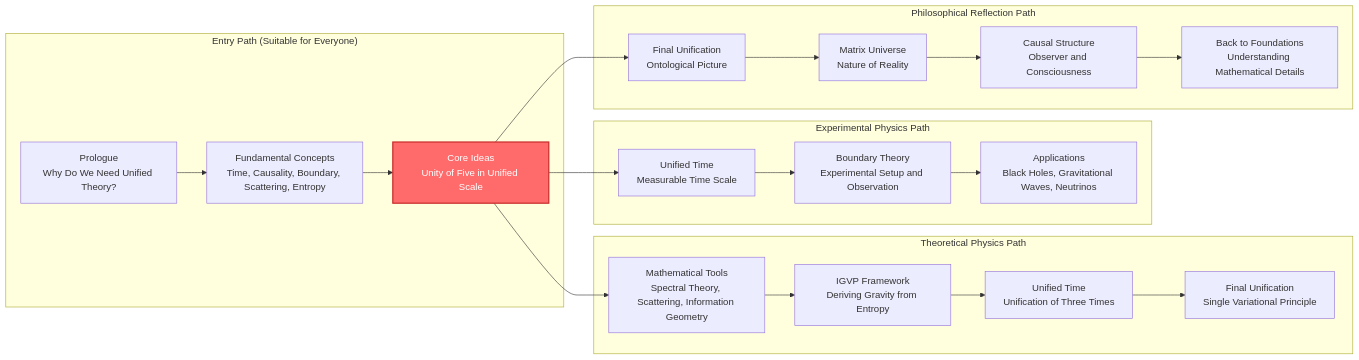
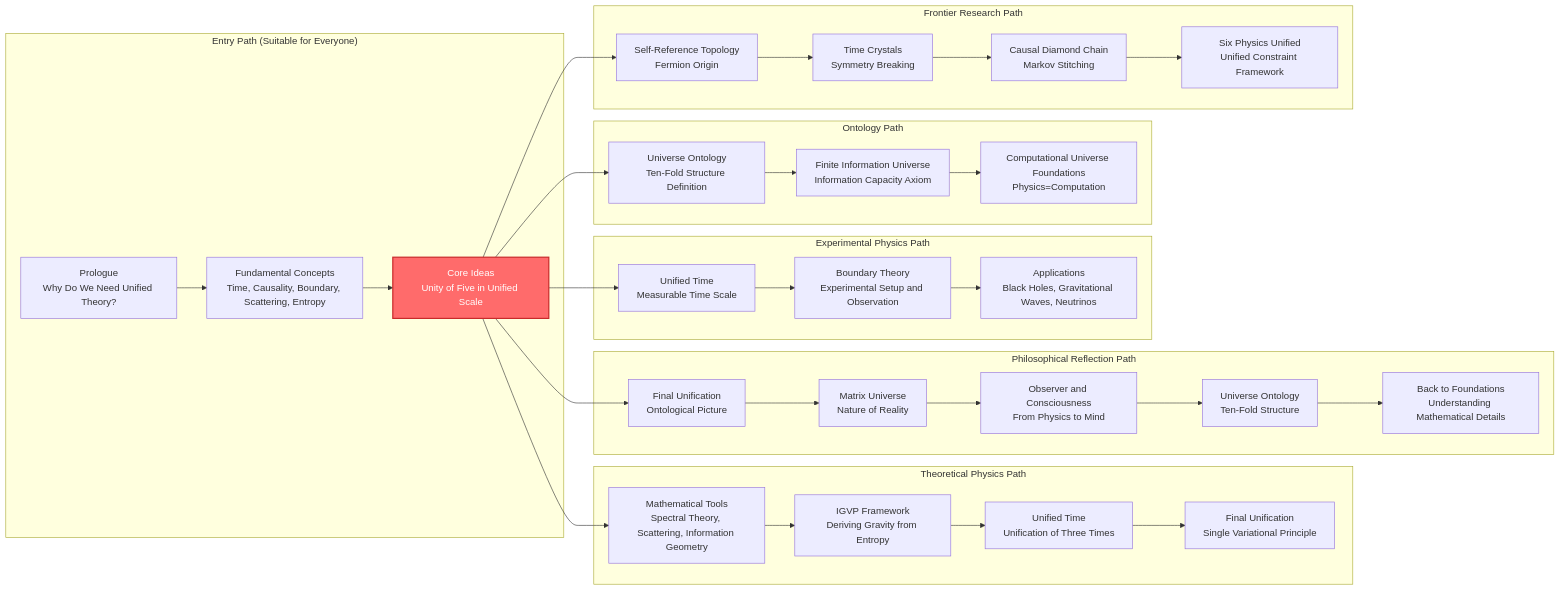
The second of 3 diagrams in docs/euler-article/gls-union/index_en.md (loning/zeckendorf-hilbert), drawn with Mermaid before and after one commit. The commit also changed other lines of this file and 1 other file, not shown here.

````diff
--- a/docs/euler-article/gls-union/index_en.md
+++ b/docs/euler-article/gls-union/index_en.md
@@ -142,41 +187,61 @@
 ```mermaid
 graph LR
     subgraph "Entry Path (Suitable for Everyone)"
         A1["Prologue<br/>Why Do We Need Unified Theory?"]
         A2["Fundamental Concepts<br/>Time, Causality, Boundary, Scattering, Entropy"]
         A3["Core Ideas<br/>Unity of Five in Unified Scale"]
     end
 
     subgraph "Theoretical Physics Path"
         B1["Mathematical Tools<br/>Spectral Theory, Scattering, Information Geometry"]
         B2["IGVP Framework<br/>Deriving Gravity from Entropy"]
         B3["Unified Time<br/>Unification of Three Times"]
         B4["Final Unification<br/>Single Variational Principle"]
     end
 
     subgraph "Experimental Physics Path"
         C1["Unified Time<br/>Measurable Time Scale"]
         C2["Boundary Theory<br/>Experimental Setup and Observation"]
         C3["Applications<br/>Black Holes, Gravitational Waves, Neutrinos"]
     end
 
     subgraph "Philosophical Reflection Path"
         D1["Final Unification<br/>Ontological Picture"]
         D2["Matrix Universe<br/>Nature of Reality"]
-        D3["Causal Structure<br/>Observer and Consciousness"]
-        D4["Back to Foundations<br/>Understanding Mathematical Details"]
+        D3["Observer and Consciousness<br/>From Physics to Mind"]
+        D4["Universe Ontology<br/>Ten-Fold Structure"]
+        D5["Back to Foundations<br/>Understanding Mathematical Details"]
+    end
+
+    subgraph "Ontology Path"
+        E1["Universe Ontology<br/>Ten-Fold Structure Definition"]
+        E2["Finite Information Universe<br/>Information Capacity Axiom"]
+        E3["Computational Universe Foundations<br/>Physics=Computation"]
+    end
+
+    subgraph "Frontier Research Path"
+        F1["Self-Reference Topology<br/>Fermion Origin"]
+        F2["Time Crystals<br/>Symmetry Breaking"]
+        F3["Causal Diamond Chain<br/>Markov Stitching"]
+        F4["Six Physics Unified<br/>Unified Constraint Framework"]
     end
 
     A1 --> A2 --> A3
 
     A3 --> B1
     B1 --> B2 --> B3 --> B4
 
     A3 --> C1
     C1 --> C2 --> C3
 
     A3 --> D1
-    D1 --> D2 --> D3 --> D4
+    D1 --> D2 --> D3 --> D4 --> D5
+
+    A3 --> E1
+    E1 --> E2 --> E3
+
+    A3 --> F1
+    F1 --> F2 --> F3 --> F4
 
     style A3 fill:#ff6b6b,stroke:#c92a2a,stroke-width:2px,color:#fff
 ```
````
